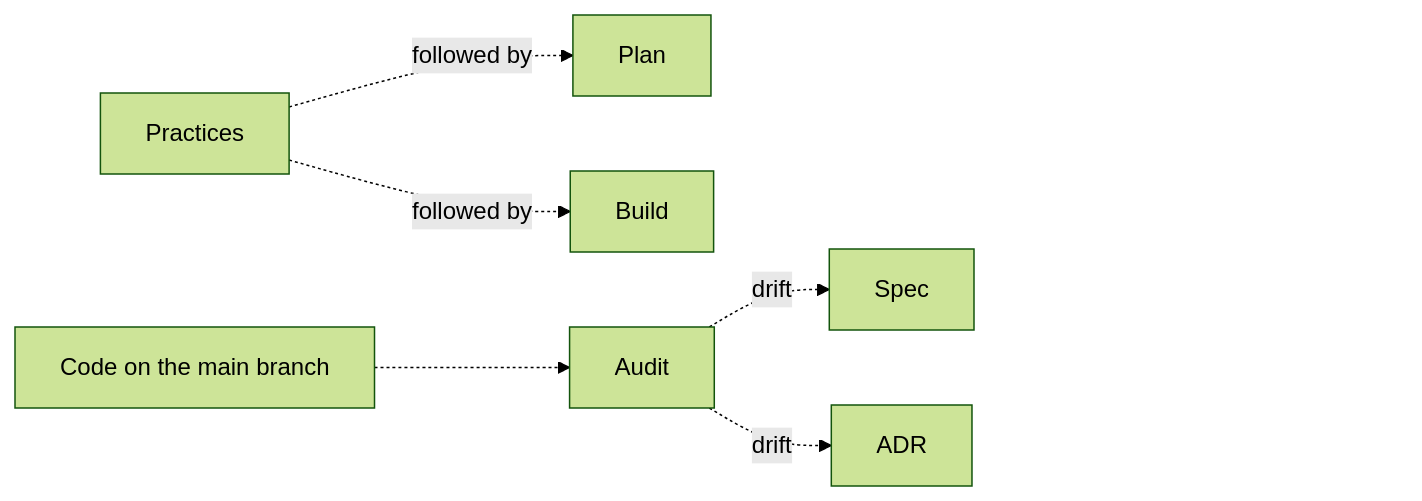
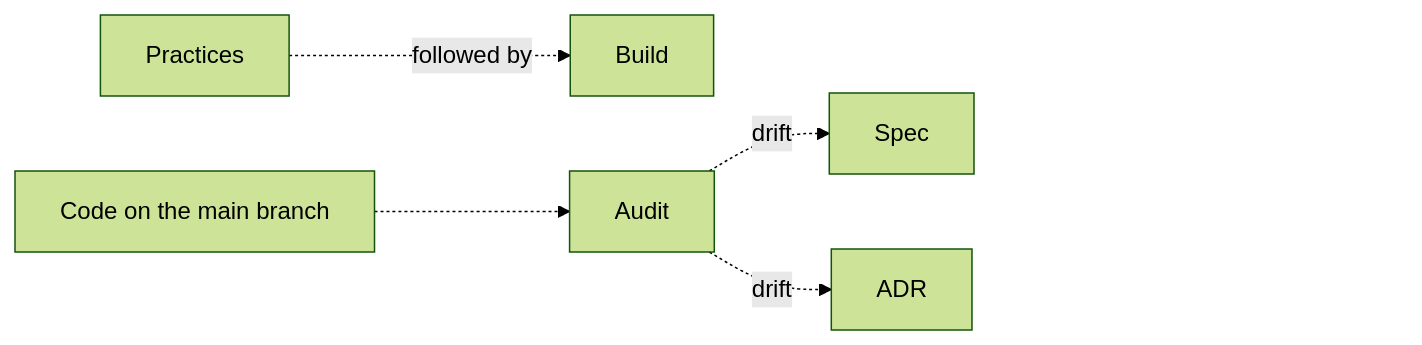
Before and after one commit to michaelmarconi/agentic-engineering: the third of 4 diagrams in docs/lifecycle.md, drawn with Mermaid (forest theme). The commit also changed other lines of this file and 2 other files, not shown here.

First line of the commit message:
Say /practices is not a step, and that only /build follows practices

````diff
--- a/docs/lifecycle.md
+++ b/docs/lifecycle.md
@@ -64,10 +64,9 @@
 ```mermaid
 flowchart LR
-    Practices -.->|followed by| Plan
     Practices -.->|followed by| Build
     Code[Code on the main branch] -.-> Audit
     Audit -.->|drift| Spec
     Audit -.->|drift| ADR
     ADR ~~~ Pad["#nbsp;#nbsp;#nbsp;#nbsp;#nbsp;#nbsp;#nbsp;#nbsp;#nbsp;#nbsp;#nbsp;#nbsp;#nbsp;#nbsp;#nbsp;#nbsp;#nbsp;#nbsp;#nbsp;#nbsp;#nbsp;#nbsp;#nbsp;#nbsp;#nbsp;#nbsp;#nbsp;#nbsp;#nbsp;#nbsp;#nbsp;#nbsp;#nbsp;#nbsp;#nbsp;#nbsp;#nbsp;#nbsp;#nbsp;#nbsp;"]
     style Pad fill:none,stroke:none
 ```
````
